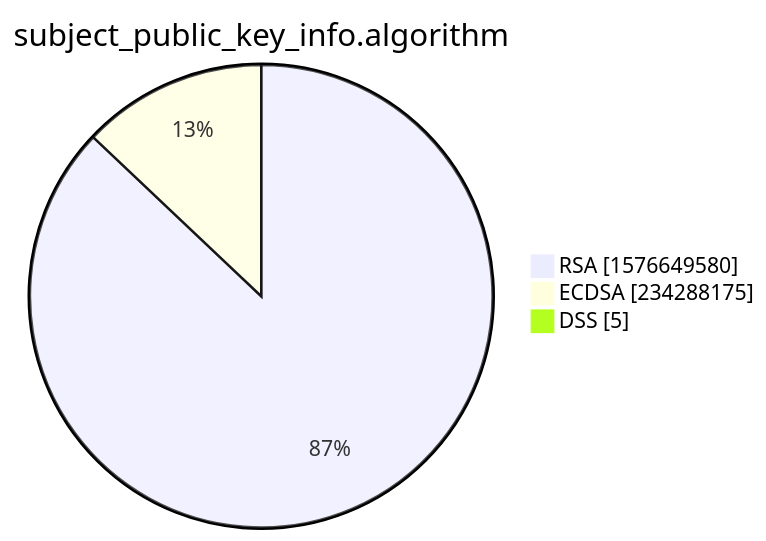
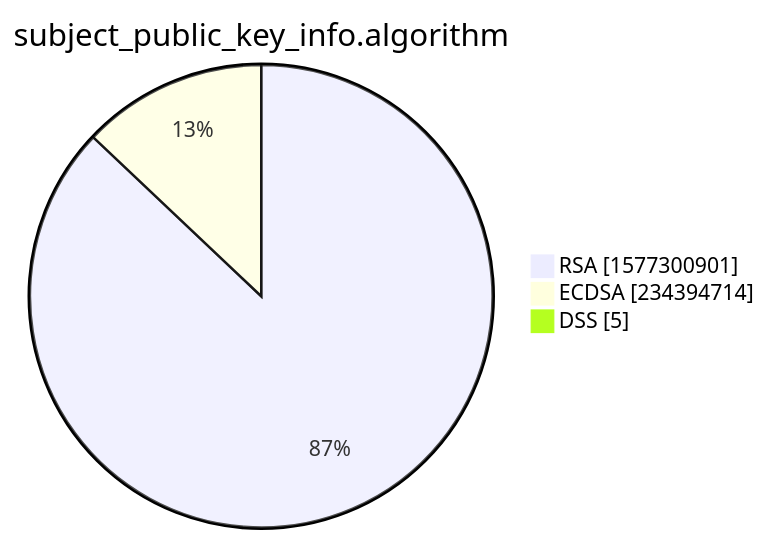
Before and after one commit to christiankrug/ctmonitor_visualization: the third of 15 diagrams in xenon2022/README.md, drawn with Mermaid. The commit also changed other lines of this file, not shown here.

````diff
--- a/xenon2022/README.md
+++ b/xenon2022/README.md
@@ -14,7 +14,7 @@
 ```mermaid
 pie showData
 title subject_public_key_info.algorithm
-"RSA" :1576649580
-"ECDSA" :234288175
+"RSA" :1577300901
+"ECDSA" :234394714
 "DSS" :5
 ```
````
